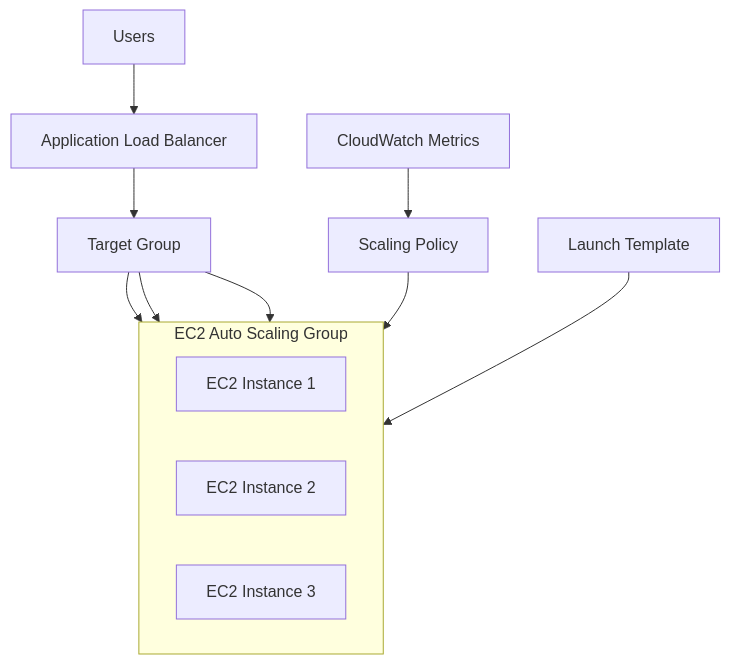
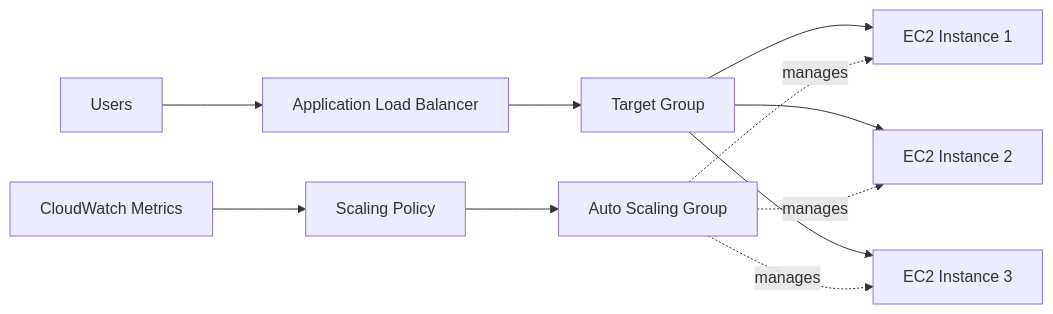
Before and after one commit to AvadhBhalodiya/Interview-Preparation: the first of 15 diagrams in src/content/devops/load-balancing-auto-scaling.md, drawn with Mermaid. The commit also changed other lines of this file and 54 other files, not shown here.

````diff
--- a/src/content/devops/load-balancing-auto-scaling.md
+++ b/src/content/devops/load-balancing-auto-scaling.md
@@ -22,22 +37,15 @@
 ```mermaid
-flowchart TB
-    USERS[Users] --> ALB[Application Load Balancer]
-
+flowchart LR
+    U[Users] --> ALB[Application Load Balancer]
     ALB --> TG[Target Group]
 
-    subgraph ASG[EC2 Auto Scaling Group]
-        direction LR
-        EC21[EC2 Instance 1]
-        EC22[EC2 Instance 2]
-        EC23[EC2 Instance 3]
-    end
+    TG --> E1[EC2 Instance 1]
+    TG --> E2[EC2 Instance 2]
+    TG --> E3[EC2 Instance 3]
 
-    TG --> EC21
-    TG --> EC22
-    TG --> EC23
-
-    CW[CloudWatch Metrics] --> POLICY[Scaling Policy]
-    POLICY --> ASG
-
-    LT[Launch Template] --> ASG
+    CW[CloudWatch Metrics] --> SP[Scaling Policy]
+    SP --> ASG[Auto Scaling Group]
+    ASG -. manages .-> E1
+    ASG -. manages .-> E2
+    ASG -. manages .-> E3
 ```
````
